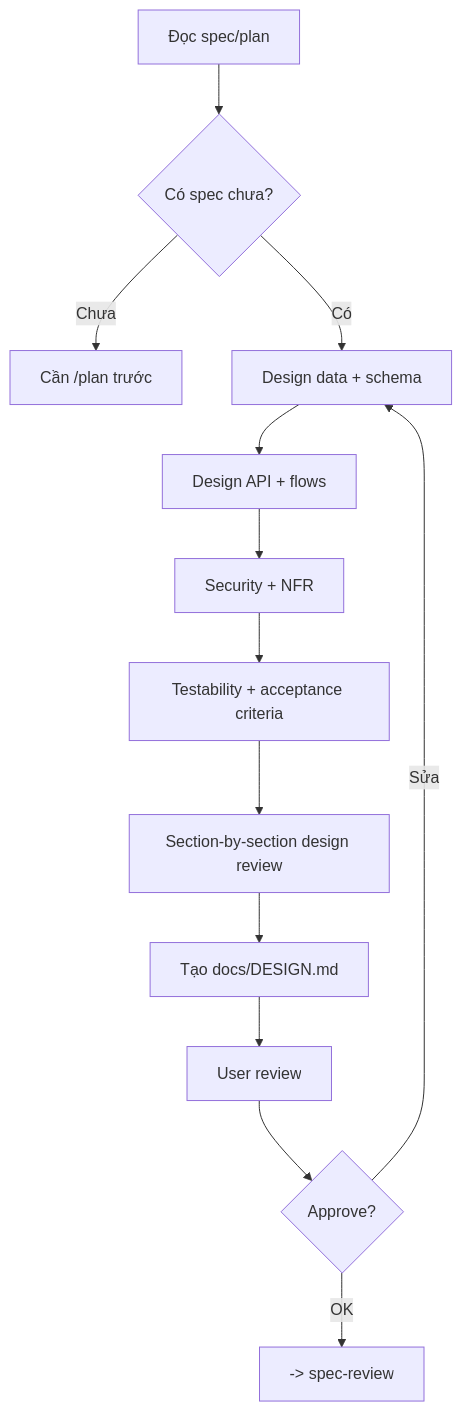
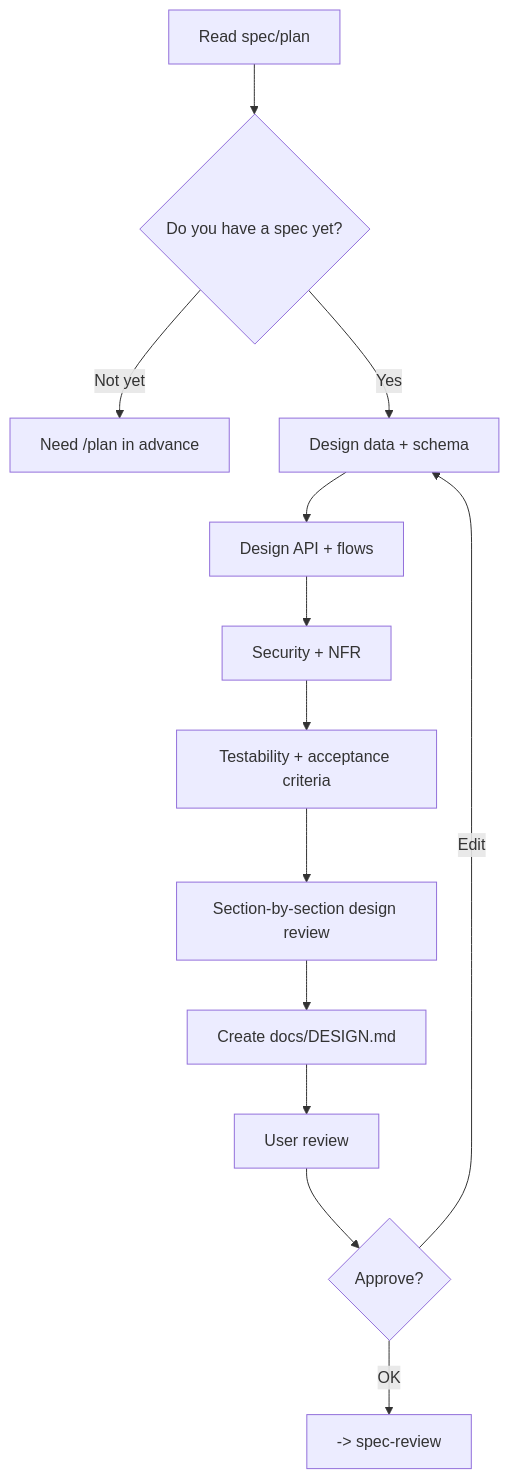
One commit to nguyenphat57/forge changed the diagram in packages/forge-core/workflows/design/architect.md. Above: the diagram before and after it, drawn with Mermaid. The commit also changed other lines of this file and 82 other files, not shown here.

````diff
--- a/packages/forge-core/workflows/design/architect.md
+++ b/packages/forge-core/workflows/design/architect.md
@@ -33,15 +33,15 @@
 ```mermaid
 flowchart TD
-    A[Đọc spec/plan] --> B{Có spec chưa?}
-    B -->|Chưa| C[Cần /plan trước]
-    B -->|Có| D[Design data + schema]
+    A[Read spec/plan] --> B{Do you have a spec yet?}
+    B -->|Not yet| C[Need /plan in advance]
+    B -->|Yes| D[Design data + schema]
     D --> E[Design API + flows]
     E --> F[Security + NFR]
     F --> G[Testability + acceptance criteria]
     G --> H[Section-by-section design review]
-    H --> I[Tạo docs/DESIGN.md]
+    H --> I[Create docs/DESIGN.md]
     I --> J[User review]
     J --> K{Approve?}
-    K -->|Sửa| D
+    K -->|Edit| D
     K -->|OK| L[-> spec-review]
 ```
````
